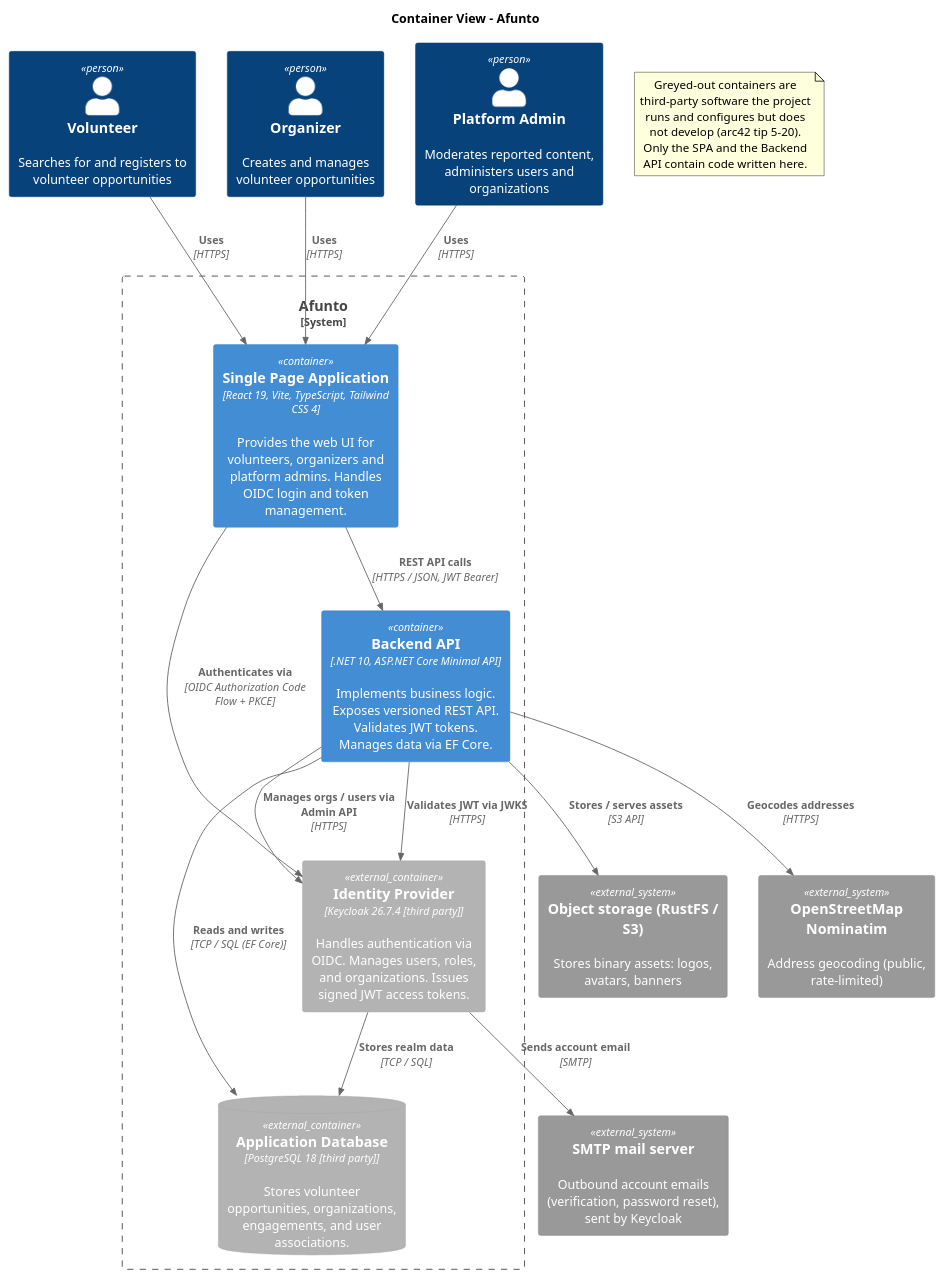
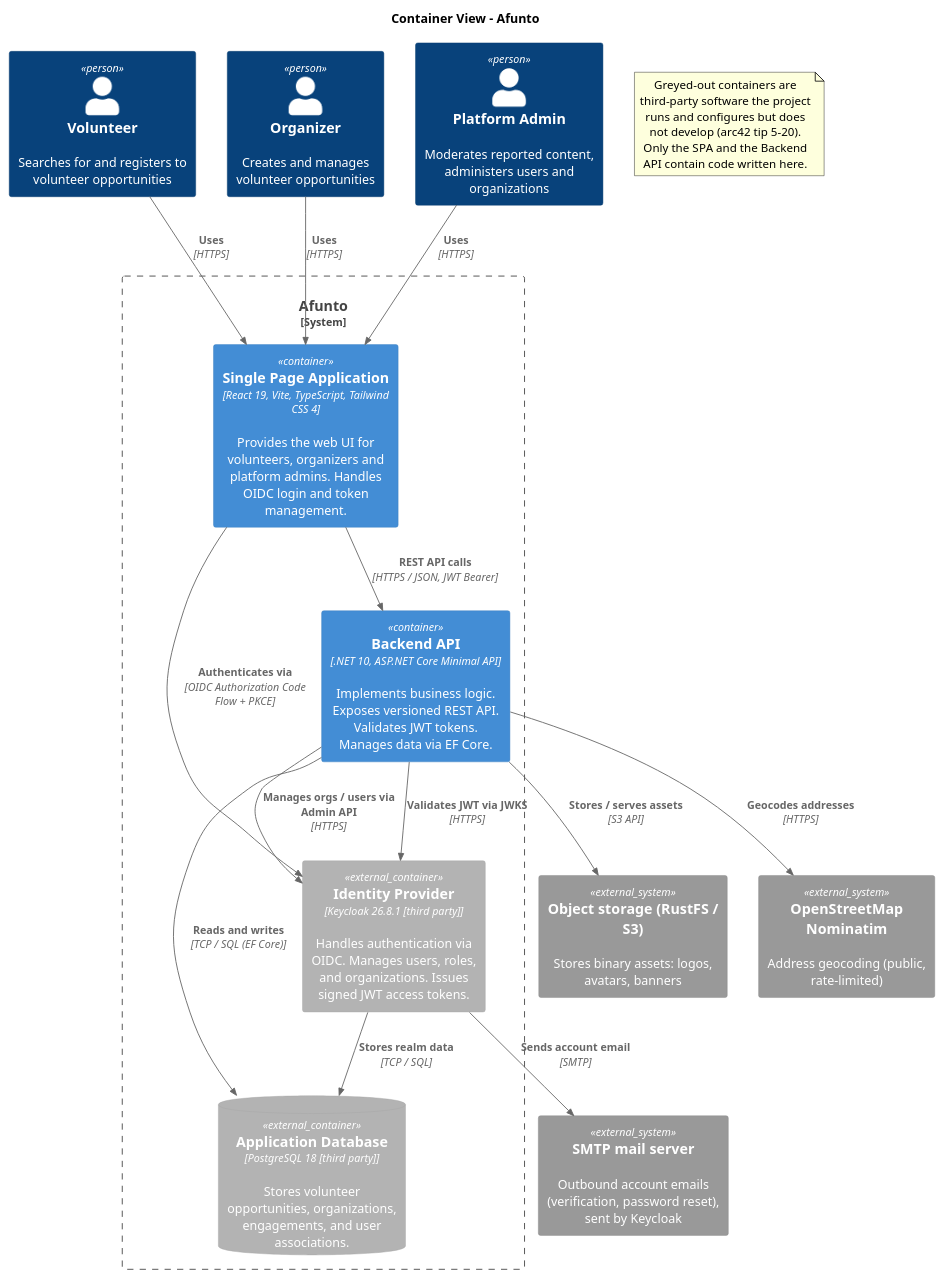
Before and after one commit to maik-hasler/afunto: the diagram in docs/Architecture/images/container-view.puml, drawn with PlantUML. The commit also changed 10 other files, not shown here.

```diff
--- a/docs/Architecture/images/container-view.puml
+++ b/docs/Architecture/images/container-view.puml
@@ -1,41 +1,41 @@
 @startuml Container View
 
 !include <C4/C4_Container>
 
 title Container View - Afunto
 
 Person(volunteer, "Volunteer", "Searches for and registers to volunteer opportunities")
 Person(organizer, "Organizer", "Creates and manages volunteer opportunities")
 Person(admin, "Platform Admin", "Moderates reported content, administers users and organizations")
 
 System_Boundary(afunto, "Afunto") {
 		Container(frontend, "Single Page Application", "React 19, Vite, TypeScript, Tailwind CSS 4", "Provides the web UI for volunteers, organizers and platform admins. Handles OIDC login and token management.")
 		Container(backend, "Backend API", ".NET 10, ASP.NET Core Minimal API", "Implements business logic. Exposes versioned REST API. Validates JWT tokens. Manages data via EF Core.")
 		ContainerDb_Ext(db, "Application Database", "PostgreSQL 18 [third party]", "Stores volunteer opportunities, organizations, engagements, and user associations.")
-		Container_Ext(keycloak, "Identity Provider", "Keycloak 26.7.4 [third party]", "Handles authentication via OIDC. Manages users, roles, and organizations. Issues signed JWT access tokens.")
+		Container_Ext(keycloak, "Identity Provider", "Keycloak 26.8.1 [third party]", "Handles authentication via OIDC. Manages users, roles, and organizations. Issues signed JWT access tokens.")
 }
 
 System_Ext(objectstore, "Object storage (RustFS / S3)", "Stores binary assets: logos, avatars, banners")
 System_Ext(smtp, "SMTP mail server", "Outbound account emails (verification, password reset), sent by Keycloak")
 System_Ext(nominatim, "OpenStreetMap Nominatim", "Address geocoding (public, rate-limited)")
 
 Rel(volunteer, frontend, "Uses", "HTTPS")
 Rel(organizer, frontend, "Uses", "HTTPS")
 Rel(admin, frontend, "Uses", "HTTPS")
 Rel(frontend, backend, "REST API calls", "HTTPS / JSON, JWT Bearer")
 Rel(frontend, keycloak, "Authenticates via", "OIDC Authorization Code Flow + PKCE")
 Rel(backend, db, "Reads and writes", "TCP / SQL (EF Core)")
 Rel(backend, keycloak, "Validates JWT via JWKS", "HTTPS")
 Rel(backend, keycloak, "Manages orgs / users via Admin API", "HTTPS")
 Rel(backend, objectstore, "Stores / serves assets", "S3 API")
 Rel(keycloak, smtp, "Sends account email", "SMTP")
 Rel(backend, nominatim, "Geocodes addresses", "HTTPS")
 Rel(keycloak, db, "Stores realm data", "TCP / SQL")
 
 note as ThirdParty
 	Greyed-out containers are third-party software the project
 	runs and configures but does not develop (arc42 tip 5-20).
 	Only the SPA and the Backend API contain code written here.
 end note
 
 @enduml
```
